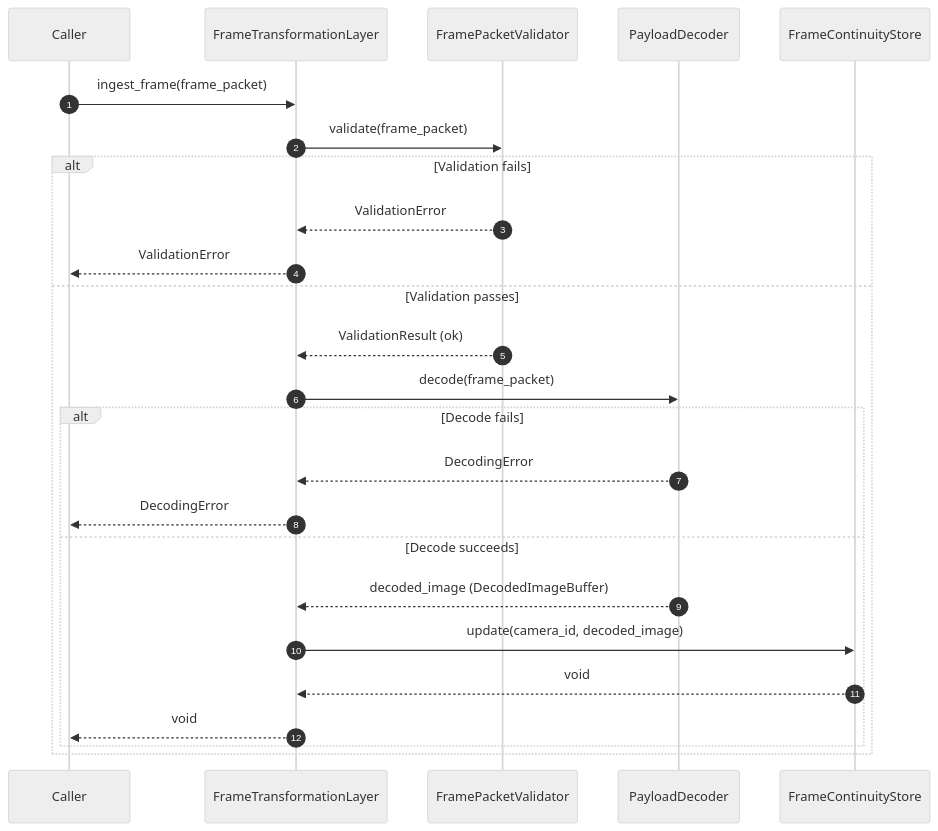
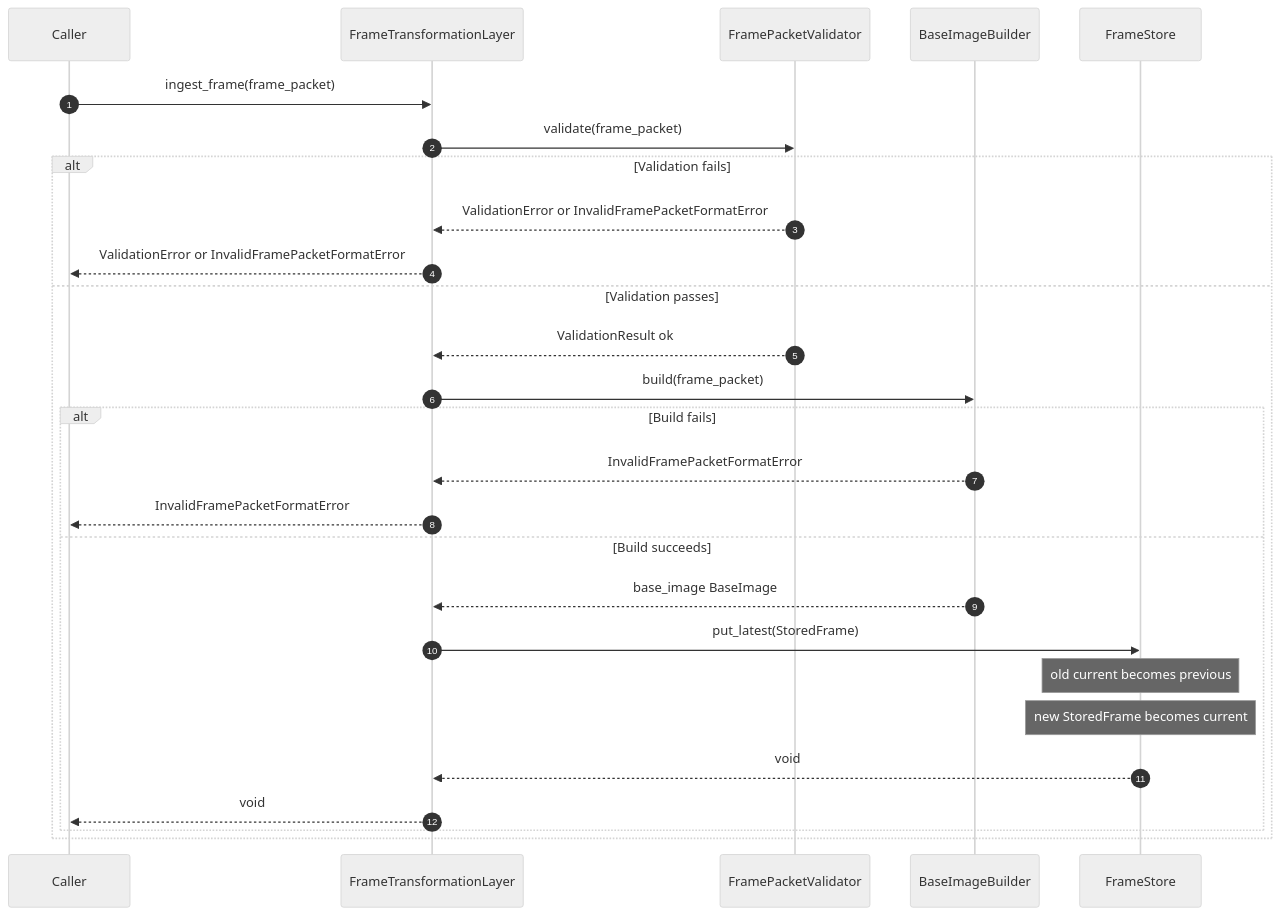
One commit to talifruman/camera-recognition changed the second of 4 diagrams in doc/image_processing_service/frame_transformation_layer.md. Above: the diagram before and after it, drawn with Mermaid (neutral theme). The commit also changed other lines of this file and 60 other files, not shown here.

Commit message:
docs: update frame adapter, FTL, IPS manager specs; add FTL unit tests

````diff
--- a/doc/image_processing_service/frame_transformation_layer.md
+++ b/doc/image_processing_service/frame_transformation_layer.md
@@ -535,28 +880,30 @@
 ```mermaid
 sequenceDiagram
   autonumber
   participant Caller
   participant FTL as FrameTransformationLayer
   participant VAL as FramePacketValidator
-  participant DEC as PayloadDecoder
-  participant STORE as FrameContinuityStore
+  participant BLD as BaseImageBuilder
+  participant STORE as FrameStore
 
   Caller->>FTL: ingest_frame(frame_packet)
   FTL->>VAL: validate(frame_packet)
   alt Validation fails
-    VAL-->>FTL: ValidationError
-    FTL-->>Caller: ValidationError
+    VAL-->>FTL: ValidationError or InvalidFramePacketFormatError
+    FTL-->>Caller: ValidationError or InvalidFramePacketFormatError
   else Validation passes
-    VAL-->>FTL: ValidationResult (ok)
-    FTL->>DEC: decode(frame_packet)
-    alt Decode fails
-      DEC-->>FTL: DecodingError
-      FTL-->>Caller: DecodingError
-    else Decode succeeds
-      DEC-->>FTL: decoded_image (DecodedImageBuffer)
-      FTL->>STORE: update(camera_id, decoded_image)
+    VAL-->>FTL: ValidationResult ok
+    FTL->>BLD: build(frame_packet)
+    alt Build fails
+      BLD-->>FTL: InvalidFramePacketFormatError
+      FTL-->>Caller: InvalidFramePacketFormatError
+    else Build succeeds
+      BLD-->>FTL: base_image BaseImage
+      FTL->>STORE: put_latest(StoredFrame)
+      Note over STORE: old current becomes previous
+      Note over STORE: new StoredFrame becomes current
       STORE-->>FTL: void
       FTL-->>Caller: void
     end
   end
 ```
````
